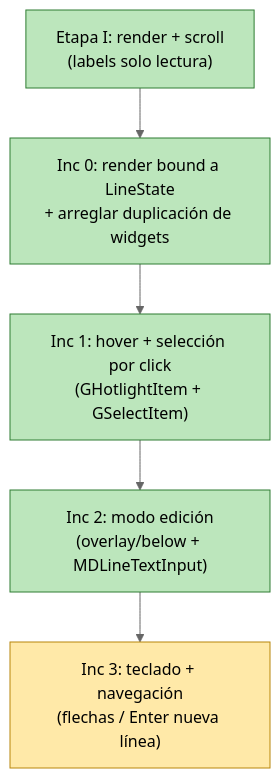
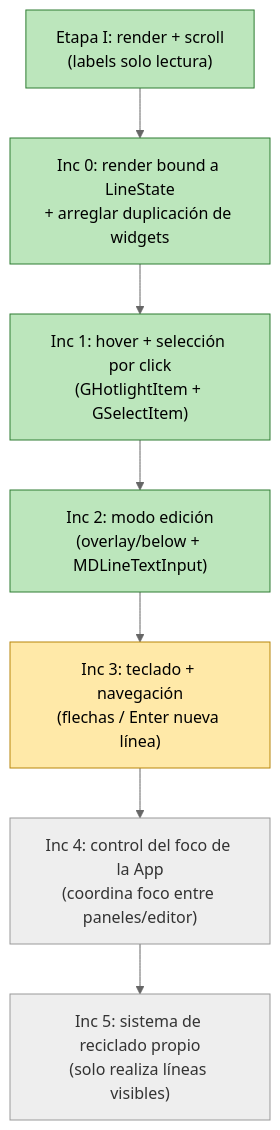
The fourth of 4 diagrams in kivy_mpbe_widgets/wg_markdown2/docs/arquitectura.md (martin-bellanca/kivy_mpe_widgets), drawn with Mermaid (neutral theme) before and after one commit. The commit also changed other lines of this file and 2 other files, not shown here.

First line of the commit message:
docs(wg_markdown2): tabla de eventos + ref MDDocumentLineEditor

````diff
--- a/kivy_mpbe_widgets/wg_markdown2/docs/arquitectura.md
+++ b/kivy_mpbe_widgets/wg_markdown2/docs/arquitectura.md
@@ -211,14 +215,16 @@
 ```mermaid
 flowchart TD
     E1["Etapa I: render + scroll<br/>(labels solo lectura)"]:::done
     I0["Inc 0: render bound a LineState<br/>+ arreglar duplicación de widgets"]:::done
     I1["Inc 1: hover + selección por click<br/>(GHotlightItem + GSelectItem)"]:::done
     I2["Inc 2: modo edición<br/>(overlay/below + MDLineTextInput)"]:::done
     I3["Inc 3: teclado + navegación<br/>(flechas / Enter nueva línea)"]:::wip
+    I4["Inc 4: control del foco de la App<br/>(coordina foco entre paneles/editor)"]:::todo
+    I5["Inc 5: sistema de reciclado propio<br/>(solo realiza líneas visibles)"]:::todo
 
-    E1 --> I0 --> I1 --> I2 --> I3
+    E1 --> I0 --> I1 --> I2 --> I3 --> I4 --> I5
 
     classDef done fill:#bce6bc,stroke:#2e7d32,color:#000;
     classDef wip fill:#ffe9a8,stroke:#b8860b,color:#000;
     classDef todo fill:#eeeeee,stroke:#999,color:#333;
 ```
````
